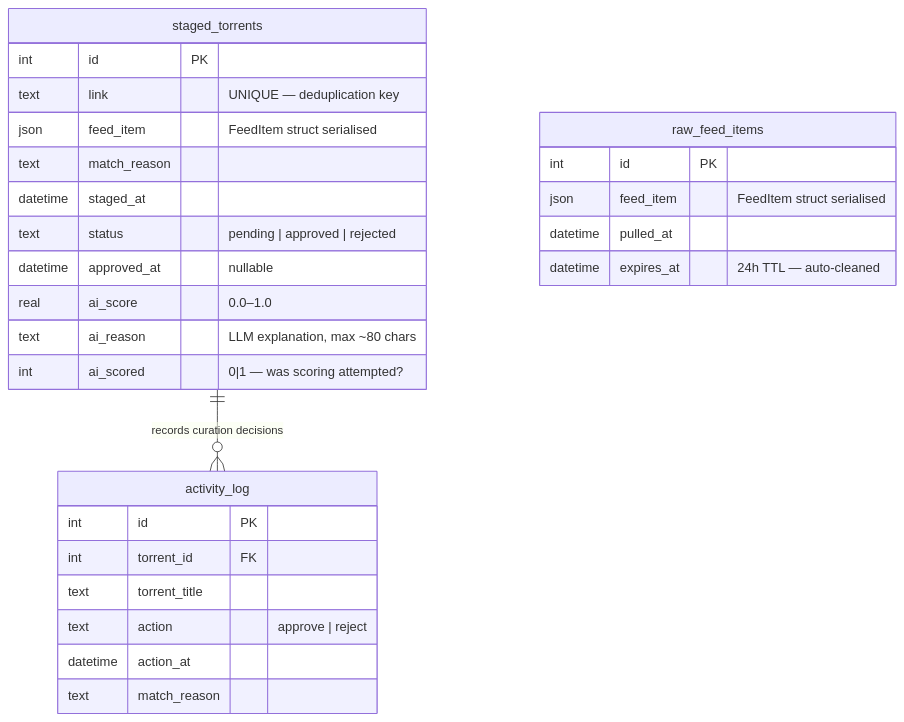
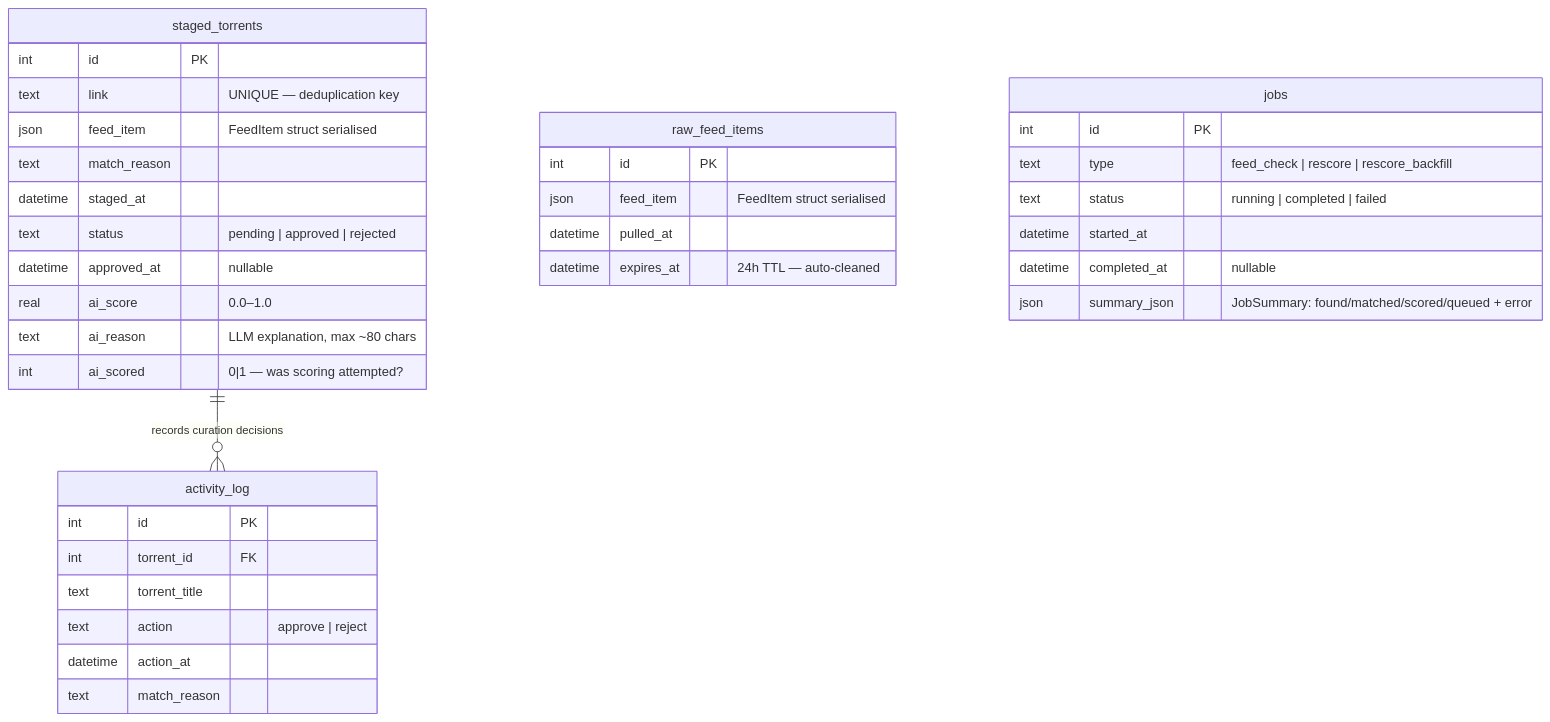
One commit to killakam3084/rss-curator changed the third of 3 diagrams in docs/ARCHITECTURE.md. Above: the diagram before and after it, drawn with Mermaid. The commit also changed other lines of this file and 3 other files, not shown here.

Commit message:
docs: update PROJECT_SUMMARY, ARCHITECTURE, FIELD_NOTES, README to v0.22.10

````diff
--- a/docs/ARCHITECTURE.md
+++ b/docs/ARCHITECTURE.md
@@ -99,33 +99,42 @@
 ```mermaid
 erDiagram
     staged_torrents {
         int     id           PK
         text    link         "UNIQUE — deduplication key"
         json    feed_item    "FeedItem struct serialised"
         text    match_reason
         datetime staged_at
         text    status       "pending | approved | rejected"
         datetime approved_at "nullable"
         real    ai_score     "0.0–1.0"
         text    ai_reason    "LLM explanation, max ~80 chars"
         int     ai_scored    "0|1 — was scoring attempted?"
     }
 
     activity_log {
         int      id            PK
         int      torrent_id    FK
         text     torrent_title
         text     action        "approve | reject"
         datetime action_at
         text     match_reason
     }
 
     raw_feed_items {
         int      id         PK
         json     feed_item  "FeedItem struct serialised"
         datetime pulled_at
         datetime expires_at "24h TTL — auto-cleaned"
     }
 
+    jobs {
+        int      id           PK
+        text     type         "feed_check | rescore | rescore_backfill"
+        text     status       "running | completed | failed"
+        datetime started_at
+        datetime completed_at "nullable"
+        json     summary_json "JobSummary: found/matched/scored/queued + error"
+    }
+
     staged_torrents ||--o{ activity_log : "records curation decisions"
 ```
````
